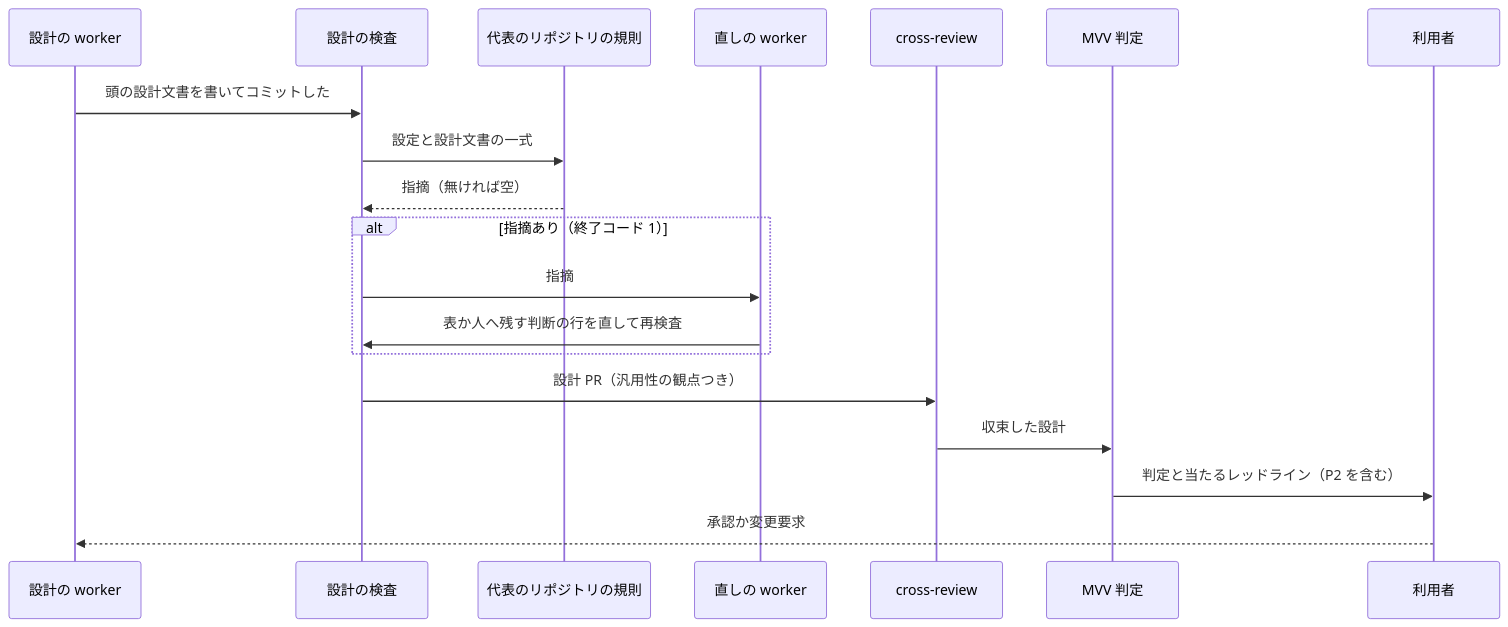
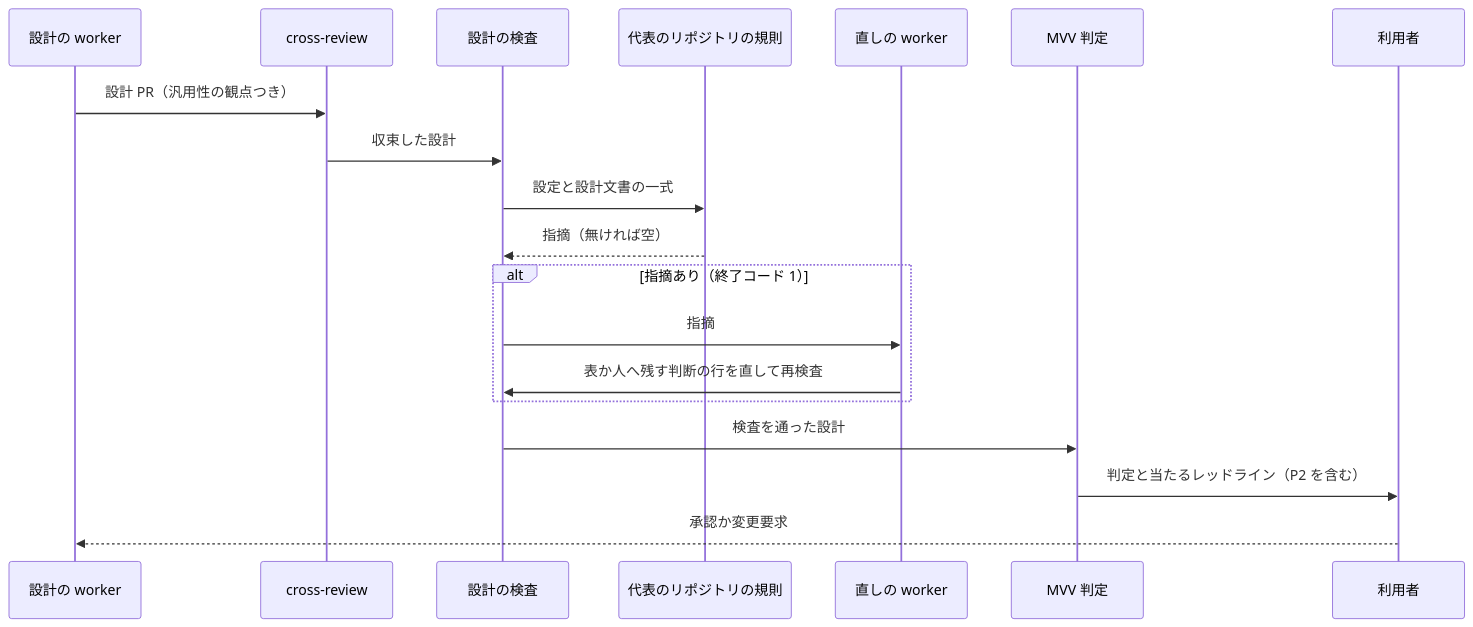
Before and after one commit to devbasex/ai-plugins: the second of 2 diagrams in issues/issue-3618-design.md, drawn with Mermaid. The commit also changed other lines of this file and 2 other files, not shown here.

````diff
--- a/issues/issue-3618-design.md
+++ b/issues/issue-3618-design.md
@@ -302,21 +302,21 @@
 ```mermaid
 sequenceDiagram
   participant W as 設計の worker
+  participant X as cross-review
   participant S as 設計の検査
   participant R as 代表のリポジトリの規則
   participant F as 直しの worker
-  participant X as cross-review
   participant M as MVV 判定
   participant H as 利用者
-  W->>S: 頭の設計文書を書いてコミットした
+  W->>X: 設計 PR（汎用性の観点つき）
+  X->>S: 収束した設計
   S->>R: 設定と設計文書の一式
   R-->>S: 指摘（無ければ空）
   alt 指摘あり（終了コード 1）
     S->>F: 指摘
     F->>S: 表か人へ残す判断の行を直して再検査
   end
-  S->>X: 設計 PR（汎用性の観点つき）
-  X->>M: 収束した設計
+  S->>M: 検査を通った設計
   M->>H: 判定と当たるレッドライン（P2 を含む）
   H-->>W: 承認か変更要求
 ```
````
